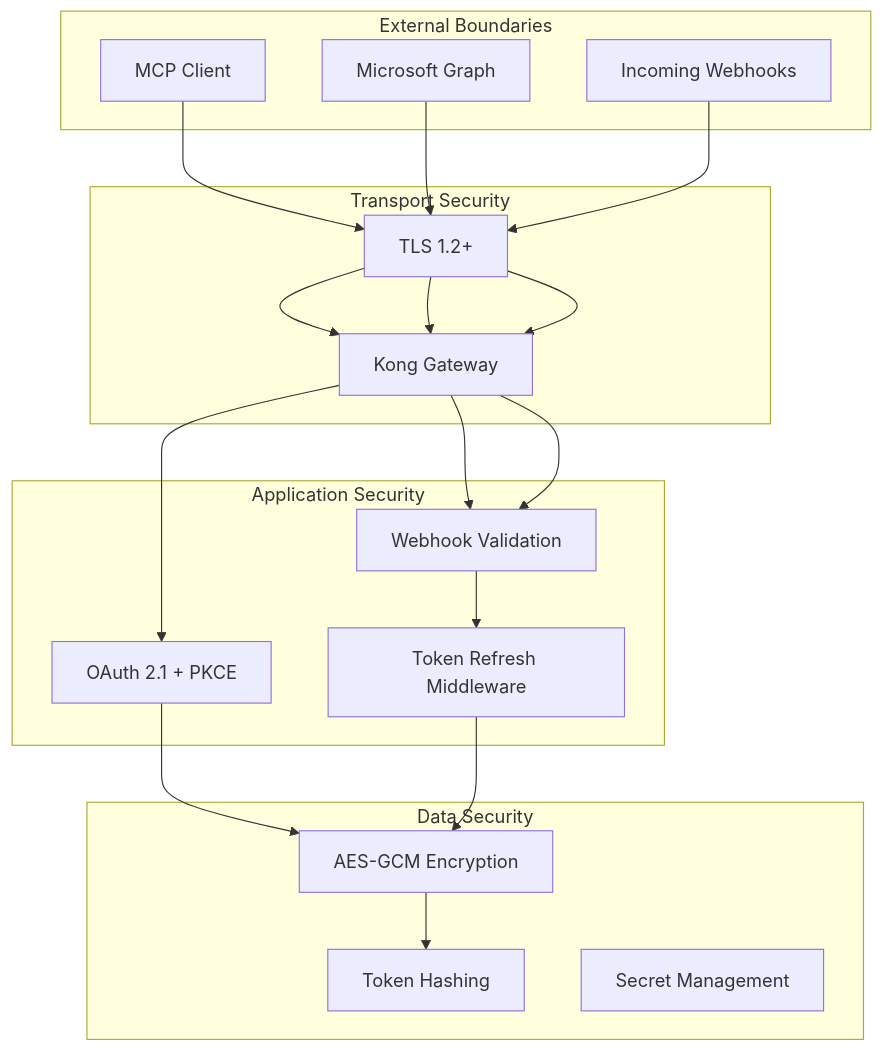
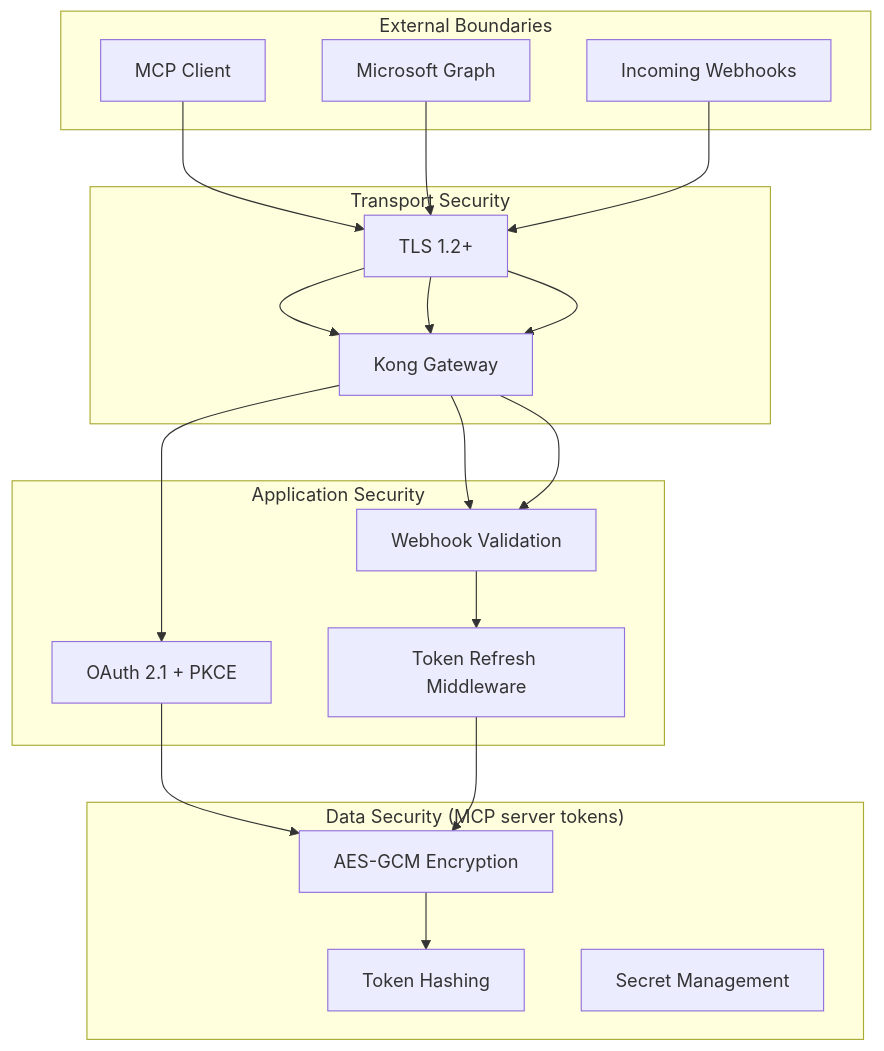
Before and after one commit to Unique-AG/connectors: the first of 4 diagrams in services/teams-mcp/docs/technical/security.md, drawn with Mermaid. The commit also changed other lines of this file and 2 other files, not shown here.

````diff
--- a/services/teams-mcp/docs/technical/security.md
+++ b/services/teams-mcp/docs/technical/security.md
@@ -7,33 +7,33 @@
 ```mermaid
 flowchart TB
     subgraph External["External Boundaries"]
         Client["MCP Client"]
         Graph["Microsoft Graph"]
         Webhook["Incoming Webhooks"]
     end
 
     subgraph Transport["Transport Security"]
         TLS["TLS 1.2+"]
         Kong["Kong Gateway"]
     end
 
     subgraph App["Application Security"]
         OAuth["OAuth 2.1 + PKCE"]
         Validation["Webhook Validation"]
         TokenRefresh["Token Refresh Middleware"]
     end
 
-    subgraph Data["Data Security"]
+    subgraph Data["Data Security (MCP server tokens)"]
         Encryption["AES-GCM Encryption"]
         Hashing["Token Hashing"]
         Secrets["Secret Management"]
     end
 
     Client --> TLS --> Kong --> OAuth
     Graph --> TLS --> Kong --> Validation
     Webhook --> TLS --> Kong --> Validation
     OAuth --> Encryption
     Validation --> TokenRefresh
     TokenRefresh --> Encryption
     Encryption --> Hashing
 ```
````
